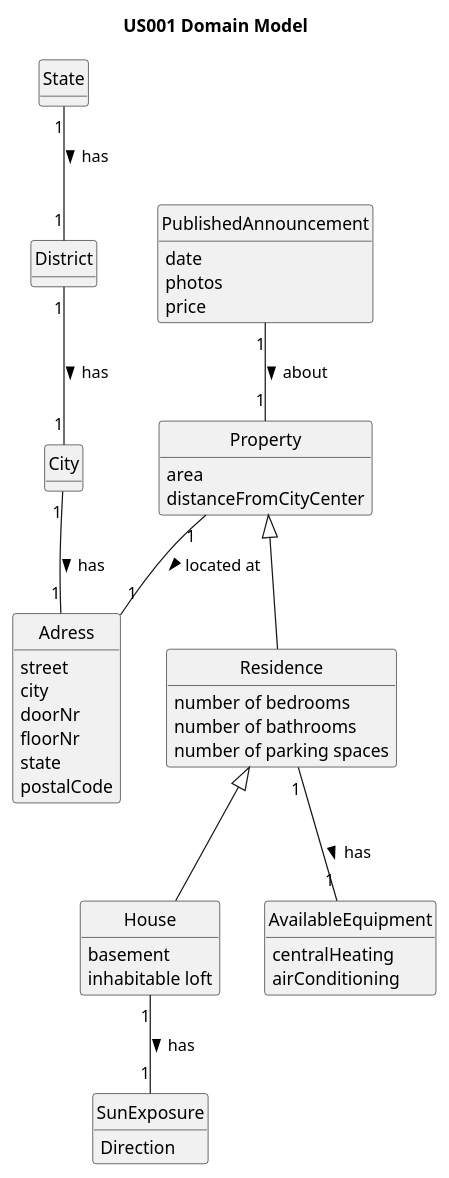
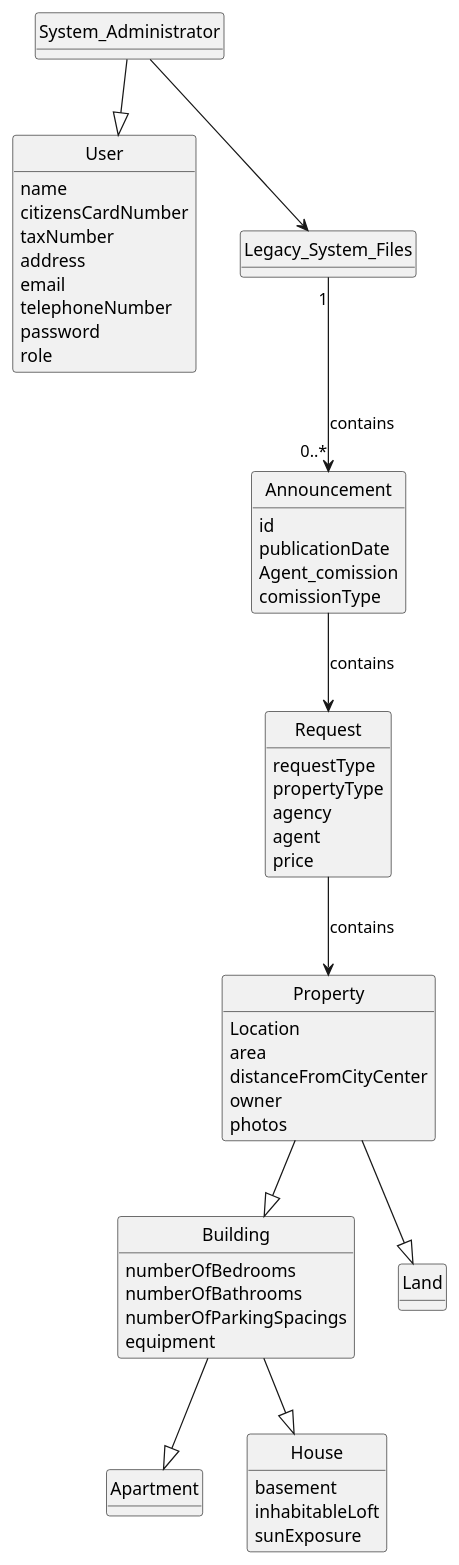
Before and after one commit to 1220812/LAPR2: the diagram in docs/sprintC/us012/02.analysis/puml/us012-domain-model.puml, drawn with PlantUML. The commit also changed 2 other files, not shown here.

Commit message:
Completed the domain model and system sequence diagram from US012. Also, finished the Read me from us012

```diff
--- a/docs/sprintC/us012/02.analysis/puml/us012-domain-model.puml
+++ b/docs/sprintC/us012/02.analysis/puml/us012-domain-model.puml
@@ -1,74 +1,93 @@
 @startuml
 skinparam monochrome true
 skinparam packageStyle rectangle
 skinparam shadowing false
 
 'left to right direction
 
+skinparam classAttributeIconSize 0
+
 hide circle
 hide methods
 
-title US001 Domain Model
+'title Domain Model
 
-class Adress{
-street
-city
-doorNr
-floorNr
-state
-postalCode
+'class Platform {
+'  -description
+'}
+
+class Announcement{
+id
+publicationDate
+Agent_comission
+comissionType
 }
 
-class State {
-}
-
-class District {
-}
-
-class City {
-}
-
-class PublishedAnnouncement {
-date
-photos
+class Request{
+requestType
+propertyType
+agency
+agent
 price
 }
 
-
-class Property {
+class Property{
+Location
 area
 distanceFromCityCenter
+owner
+photos
 }
 
-class Residence {
-number of bedrooms
-number of bathrooms
-number of parking spaces
+class Building{
+numberOfBedrooms
+numberOfBathrooms
+numberOfParkingSpacings
+equipment
 }
 
-class House {
-basement
-inhabitable loft
+class Land{
 }
 
-class AvailableEquipment {
-centralHeating
-airConditioning
+class Apartment {
+
 }
 
-class SunExposure {
-Direction
+class House{
+basement
+inhabitableLoft
+sunExposure
+}
+
+class User{
+name
+citizensCardNumber
+taxNumber
+address
+email
+telephoneNumber
+password
+role
+}
+
+class System_Administrator{
+
+}
+
+class Legacy_System_Files {
 }
 
 
-City "1" -- "1" Adress : has >
-State "1" -- "1" District : has >
-District "1" -- "1" City : has >
-PublishedAnnouncement "1" -- "1" Property : about >
-Residence "1" -- "1" AvailableEquipment : has >
-House "1" -- "1" SunExposure : has >
-Property "1" -- "1" Adress : located at >
-Residence <|-- House
-Property <|-- Residence
+System_Administrator --|> User
+System_Administrator --> Legacy_System_Files
+Legacy_System_Files "1" --> "0..*" Announcement : contains
+
+Property --|> Building
+Property --|> Land
+Building --|> Apartment
+Building --|> House
+Request --> Property : contains
+Announcement --> Request : contains
+
 
 @enduml
```
